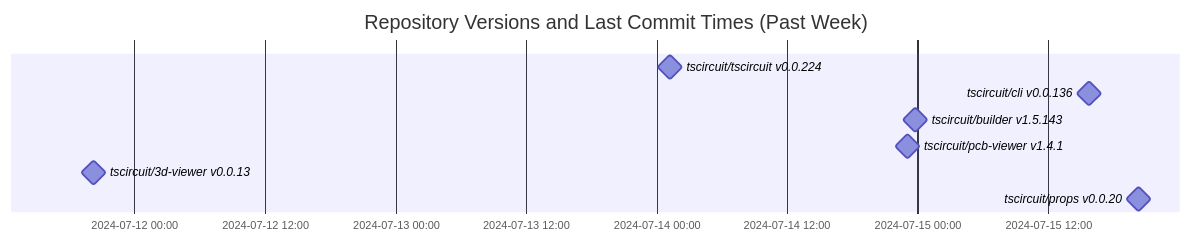
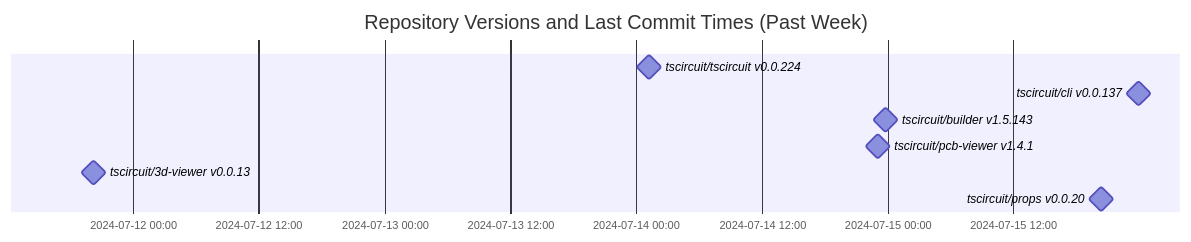
Before and after one commit to tscircuit/version-tracker: the diagram in README.md, drawn with Mermaid.

Commit message:
Update chart

````diff
--- a/README.md
+++ b/README.md
@@ -1,13 +1,13 @@
 ```mermaid
 gantt
   dateFormat  YYYY-MM-DD HH:mm:ss
   title Repository Versions and Last Commit Times (Past Week)
   axisFormat %Y-%m-%d %H:%M
 
   tscircuit/tscircuit v0.0.224 : milestone, 2024-07-14 01:11:10, 1s
-  tscircuit/cli v0.0.136 : milestone, 2024-07-15 15:48:32, 1s
+  tscircuit/cli v0.0.137 : milestone, 2024-07-15 23:56:40, 1s
   tscircuit/builder v1.5.143 : milestone, 2024-07-14 23:49:38, 1s
   tscircuit/pcb-viewer v1.4.1 : milestone, 2024-07-14 23:05:20, 1s
   tscircuit/3d-viewer v0.0.13 : milestone, 2024-07-11 20:12:35, 1s
   tscircuit/props v0.0.20 : milestone, 2024-07-15 20:19:59, 1s
 ```
````
